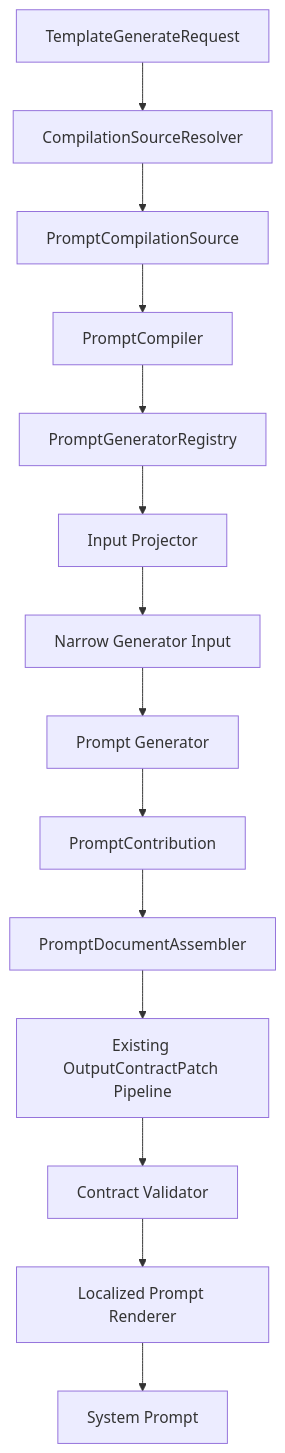
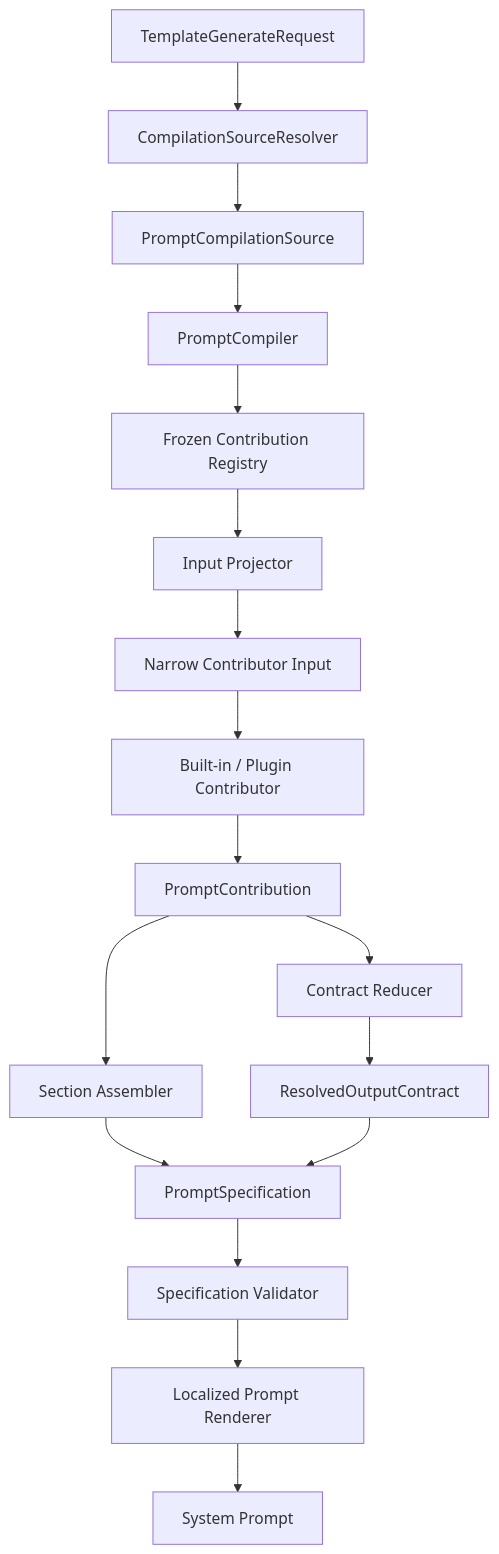
The diagram in ai/llm/TEMPLATE_GENERATOR_DESIGN.md (RachelForster/Shinsekai), drawn with Mermaid before and after one commit. The commit also changed other lines of this file, not shown here.

Commit message:
docs(template): make generator design contract-first

````diff
--- a/ai/llm/TEMPLATE_GENERATOR_DESIGN.md
+++ b/ai/llm/TEMPLATE_GENERATOR_DESIGN.md
@@ -66,16 +87,19 @@
 ```mermaid
 flowchart TD
     A["TemplateGenerateRequest"] --> B["CompilationSourceResolver"]
     B --> C["PromptCompilationSource"]
     C --> D["PromptCompiler"]
-    D --> E["PromptGeneratorRegistry"]
+    D --> E["Frozen Contribution Registry"]
     E --> F["Input Projector"]
-    F --> G["Narrow Generator Input"]
-    G --> H["Prompt Generator"]
+    F --> G["Narrow Contributor Input"]
+    G --> H["Built-in / Plugin Contributor"]
     H --> I["PromptContribution"]
-    I --> J["PromptDocumentAssembler"]
-    J --> K["Existing OutputContractPatch Pipeline"]
-    K --> L["Contract Validator"]
-    L --> M["Localized Prompt Renderer"]
-    M --> N["System Prompt"]
+    I --> J["Contract Reducer"]
+    I --> K["Section Assembler"]
+    J --> L["ResolvedOutputContract"]
+    K --> M["PromptSpecification"]
+    L --> M
+    M --> N["Specification Validator"]
+    N --> O["Localized Prompt Renderer"]
+    O --> P["System Prompt"]
 ```
````
